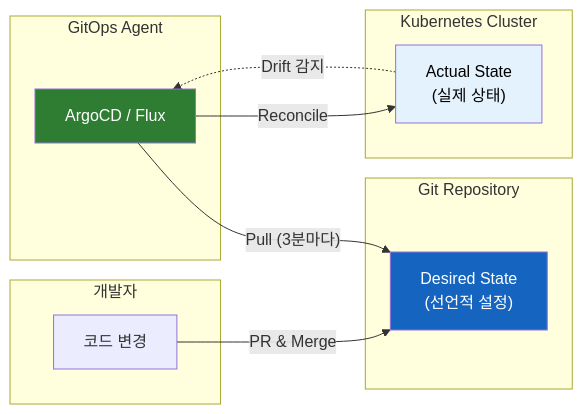
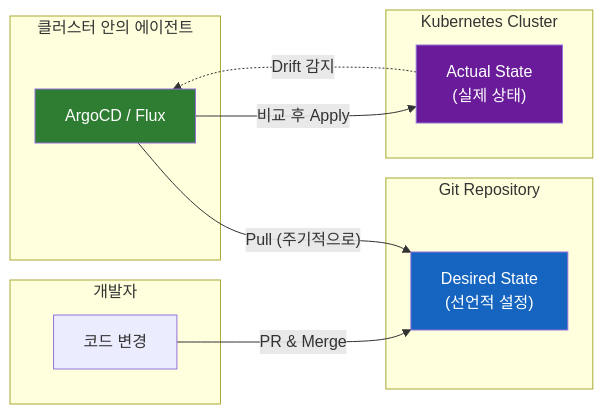
One commit to sskim91/TIL changed the first of 12 diagrams in devops/GitOps-Git을-Single-Source-of-Truth로-삼는-운영-모델.md. Above: the diagram before and after it, drawn with Mermaid. The commit also changed other lines of this file and 1 other file, not shown here.

First line of the commit message:
docs(devops): GitOps 노트를 운영 모델 층 중심으로 대폭 확장

````diff
--- a/devops/GitOps-Git을-Single-Source-of-Truth로-삼는-운영-모델.md
+++ b/devops/GitOps-Git을-Single-Source-of-Truth로-삼는-운영-모델.md
@@ -9,27 +15,27 @@
 ```mermaid
 flowchart LR
     subgraph Developer["개발자"]
         A["코드 변경"]
     end
 
-    subgraph Git["Git Repository"]
+    subgraph GitRepo["Git Repository"]
         B["Desired State<br>(선언적 설정)"]
     end
 
-    subgraph Agent["GitOps Agent"]
+    subgraph Agent["클러스터 안의 에이전트"]
         C["ArgoCD / Flux"]
     end
 
     subgraph Cluster["Kubernetes Cluster"]
         D["Actual State<br>(실제 상태)"]
     end
 
     A -->|"PR & Merge"| B
-    C -->|"Pull (3분마다)"| B
-    C -->|"Reconcile"| D
+    C -->|"Pull (주기적으로)"| B
+    C -->|"비교 후 Apply"| D
     D -.->|"Drift 감지"| C
 
     style B fill:#1565C0,color:#fff
     style C fill:#2E7D32,color:#fff
-    style D fill:#E3F2FD,color:#000
+    style D fill:#6A1B9A,color:#fff
 ```
````
